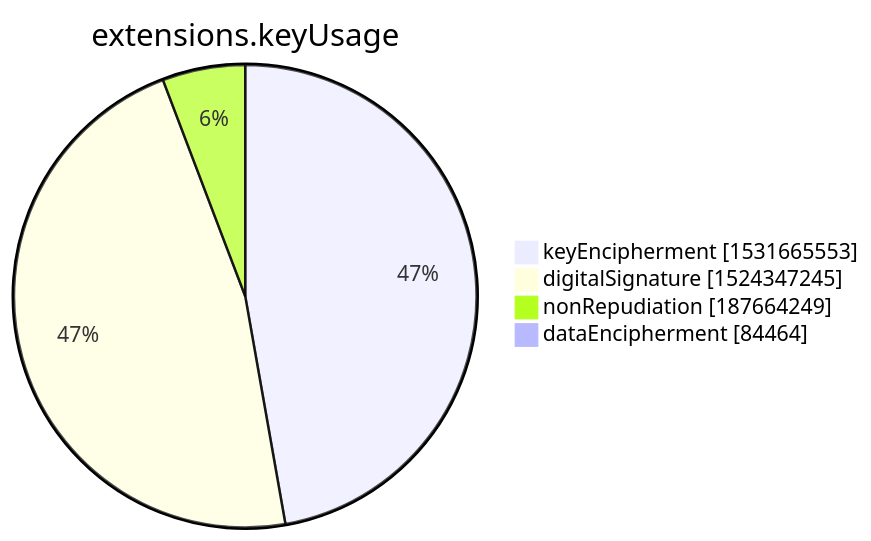
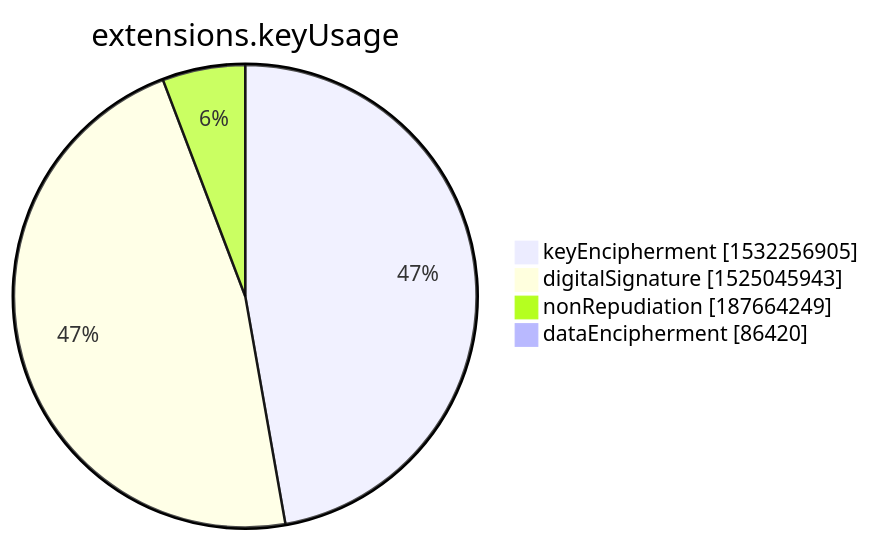
Before and after one commit to christiankrug/ctmonitor_visualization: the seventh of 15 diagrams in xenon2022/README.md, drawn with Mermaid. The commit also changed other lines of this file, not shown here.

````diff
--- a/xenon2022/README.md
+++ b/xenon2022/README.md
@@ -2849,8 +2849,8 @@
 ```mermaid
 pie showData
 title extensions.keyUsage
-"keyEncipherment" :1531665553
-"digitalSignature" :1524347245
+"keyEncipherment" :1532256905
+"digitalSignature" :1525045943
 "nonRepudiation" :187664249
-"dataEncipherment" :84464
+"dataEncipherment" :86420
 ```
````
